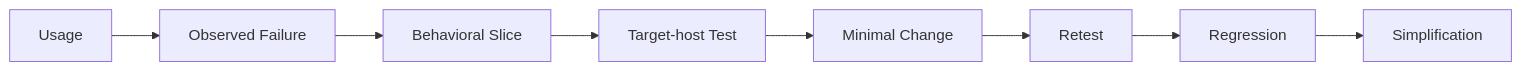
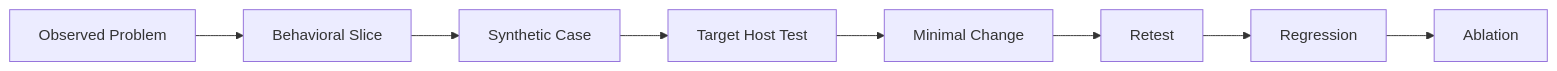
Before and after one commit to zuoxixuan0-cmyk/long-running-ai-project-design: the diagram in docs/04-design-method.md, drawn with Mermaid. The commit also changed other lines of this file, not shown here.

Commit message:
Replace Mermaid diagrams with portable text diagrams

````diff
--- a/docs/04-design-method.md
+++ b/docs/04-design-method.md
@@ -244,13 +464,13 @@
-```mermaid
+``` mermaid
 flowchart LR
-    U[Usage]
-    F[Observed Failure]
+    P[Observed Problem]
     B[Behavioral Slice]
-    T[Target-host Test]
+    S[Synthetic Case]
+    T[Target Host Test]
     M[Minimal Change]
     R[Retest]
     G[Regression]
-    S[Simplification]
+    A[Ablation]
 
-    U --> F --> B --> T --> M --> R --> G --> S
+    P --> B --> S --> T --> M --> R --> G --> A
 ```
````
